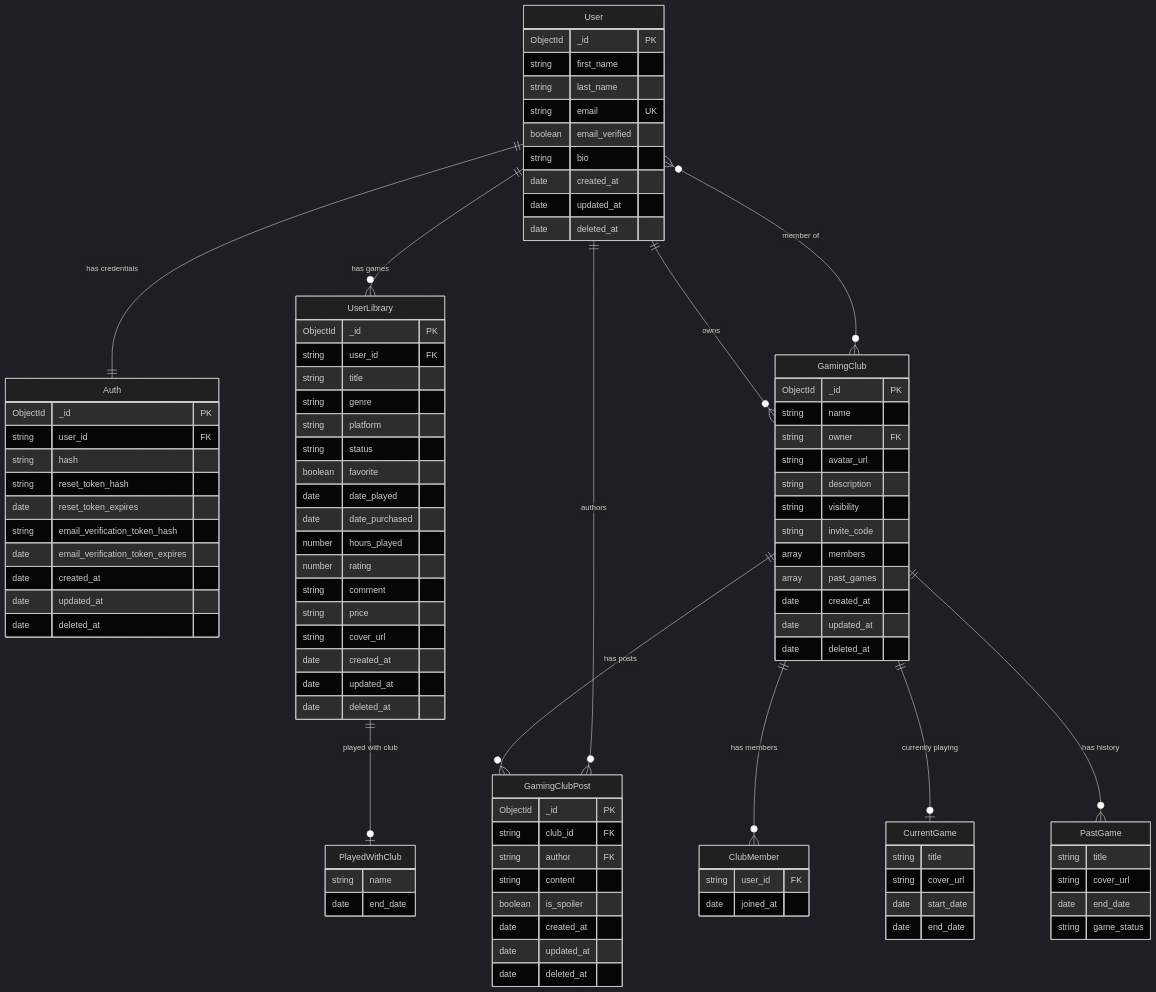
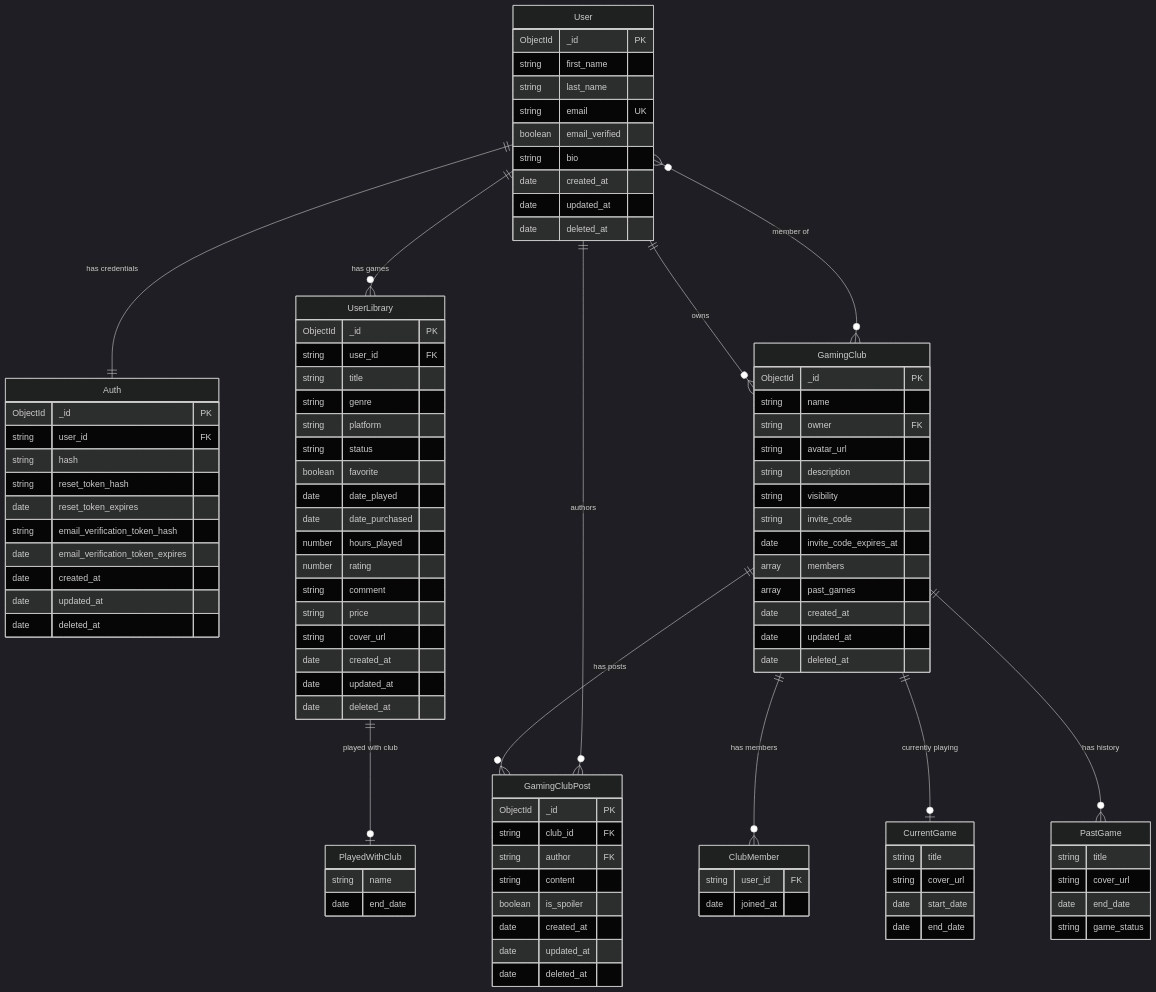
One commit to EmLopezDev/lucid changed the diagram in ERD.md. Above: the diagram before and after it, drawn with Mermaid (dark theme). The commit also changed 3 other files, not shown here.

```diff
--- a/ERD.md
+++ b/ERD.md
@@ -60,6 +60,7 @@
         string description
         string visibility
         string invite_code
+        date invite_code_expires_at
         array members
         array past_games
         date created_at
```
